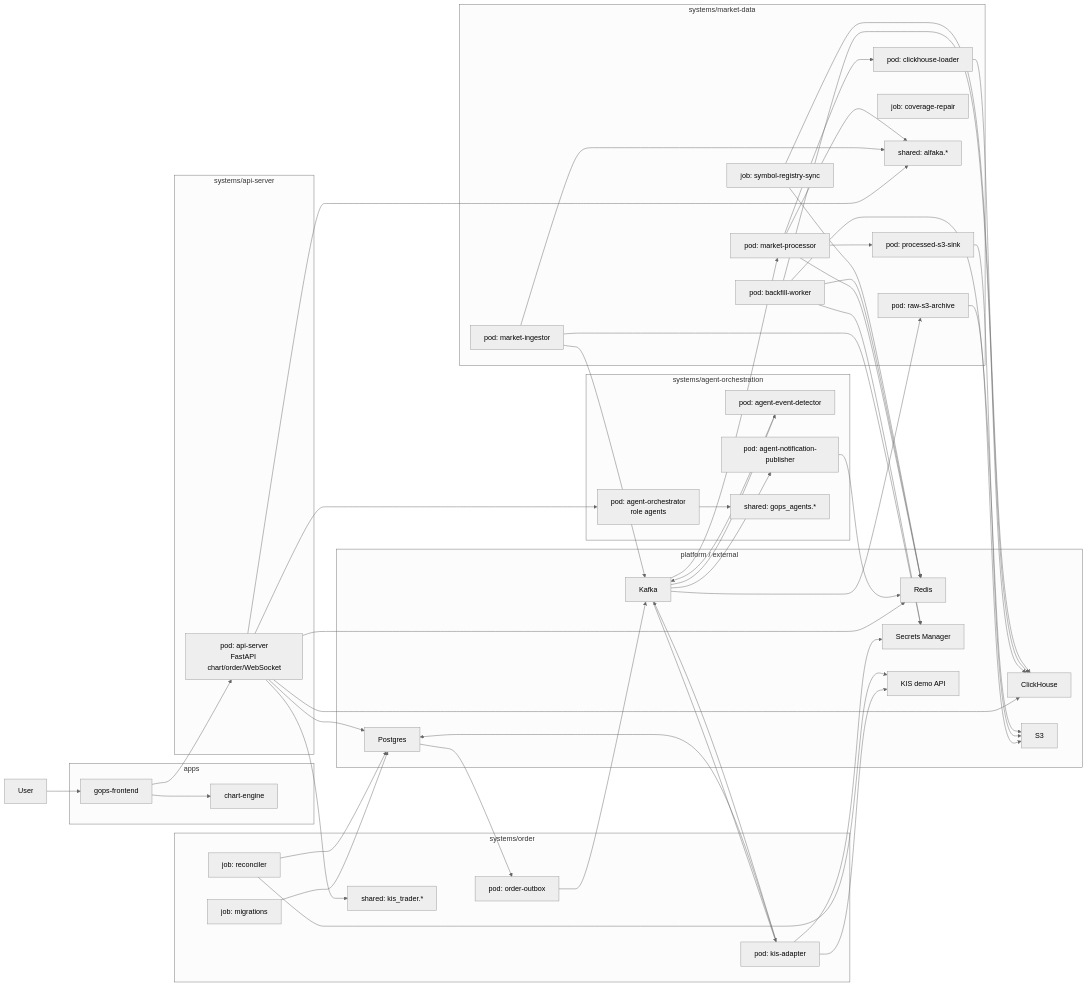
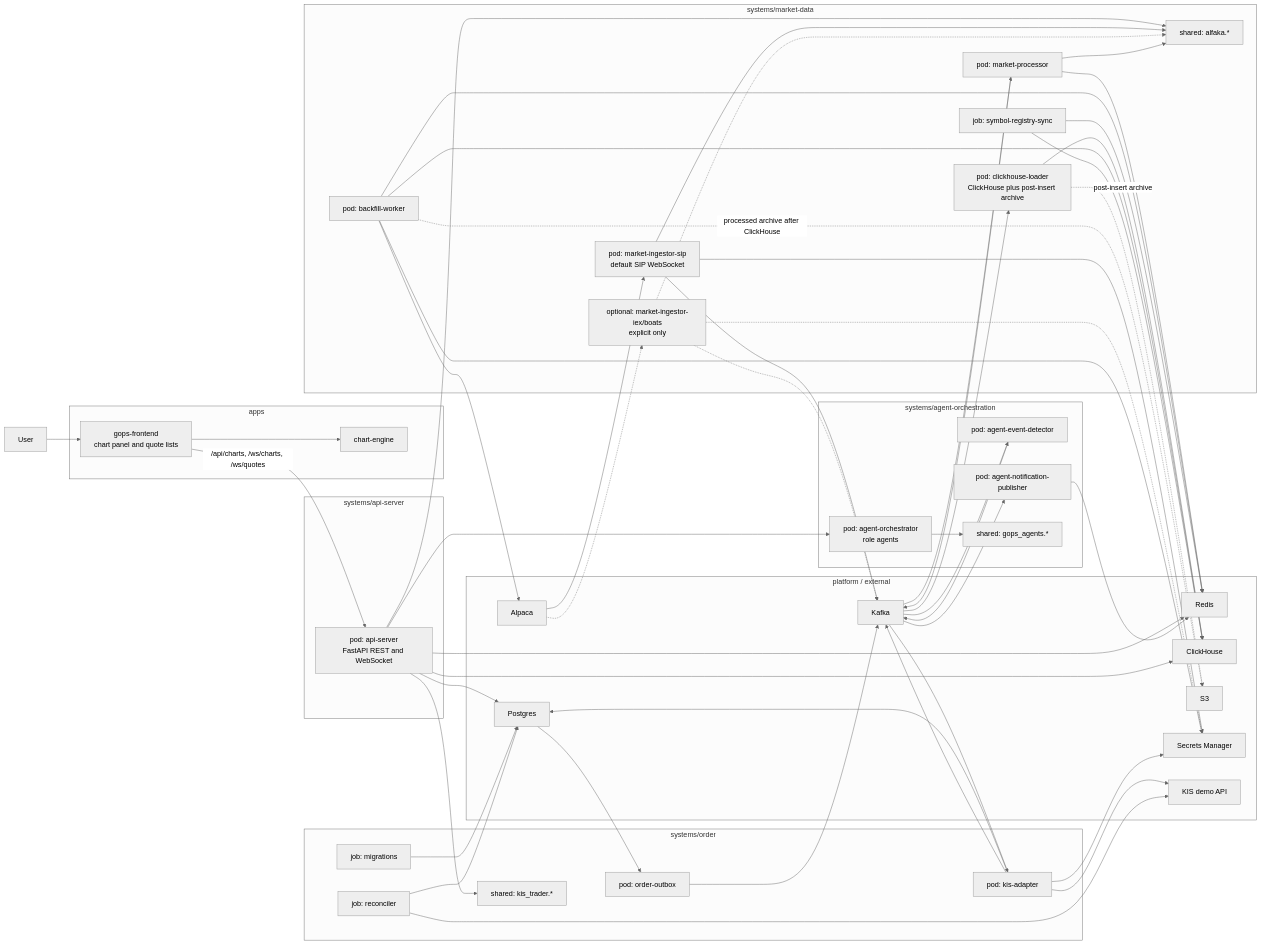
One commit to seunglee10/GOPS-BE changed the first of 4 diagrams in docs/ARCHITECTURE.md. Above: the diagram before and after it, drawn with Mermaid (neutral theme). The commit also changed other lines of this file and 123 other files, not shown here.

```diff
--- a/docs/ARCHITECTURE.md
+++ b/docs/ARCHITECTURE.md
@@ -44,12 +44,12 @@
   User["User"]
 
   subgraph Apps["apps"]
-    Frontend["gops-frontend"]
+    Frontend["gops-frontend<br/>chart panel and quote lists"]
     ChartEngine["chart-engine"]
   end
 
   subgraph Api["systems/api-server"]
-    ApiServer["pod: api-server<br/>FastAPI chart/order/WebSocket"]
+    ApiServer["pod: api-server<br/>FastAPI REST and WebSocket"]
   end
 
   subgraph Agents["systems/agent-orchestration"]
@@ -60,14 +60,12 @@
   end
 
   subgraph Market["systems/market-data"]
-    Ingestor["pod: market-ingestor"]
+    Ingestor["pod: market-ingestor-sip<br/>default SIP WebSocket"]
+    ExtraIngestors["optional: market-ingestor-iex/boats<br/>explicit only"]
     Processor["pod: market-processor"]
-    S3Sink["pod: processed-s3-sink"]
-    RawS3Archive["pod: raw-s3-archive"]
-    CHLoader["pod: clickhouse-loader"]
+    CHLoader["pod: clickhouse-loader<br/>ClickHouse plus post-insert archive"]
     Backfill["pod: backfill-worker"]
     Registry["job: symbol-registry-sync"]
-    CoverageRepair["job: coverage-repair"]
     MarketShared["shared: alfaka.*"]
   end
 
@@ -86,12 +84,13 @@
     ClickHouse["ClickHouse"]
     S3["S3"]
     Secrets["Secrets Manager"]
+    Alpaca["Alpaca"]
     KIS["KIS demo API"]
   end
 
   User --> Frontend
   Frontend --> ChartEngine
-  Frontend --> ApiServer
+  Frontend -->|"/api/charts, /ws/charts, /ws/quotes"| ApiServer
 
   ApiServer --> Redis
   ApiServer --> ClickHouse
@@ -100,26 +99,30 @@
   ApiServer --> MarketShared
   ApiServer --> OrderShared
 
+  Alpaca --> Ingestor
+  Alpaca -.-> ExtraIngestors
   Ingestor --> Kafka
   Ingestor --> Secrets
   Ingestor --> MarketShared
-  Kafka --> RawS3Archive
-  RawS3Archive --> S3
+  ExtraIngestors -.-> Kafka
+  ExtraIngestors -.-> Secrets
+  ExtraIngestors -.-> MarketShared
   Kafka --> Processor
   Kafka --> EventDetector
   Processor --> Redis
-  Processor --> S3Sink
-  Processor --> CHLoader
+  Processor --> Kafka
   Processor --> MarketShared
   EventDetector --> Kafka
   AgentOrch --> AgentShared
   Kafka --> AlertPublisher
   AlertPublisher --> Redis
-  S3Sink --> S3
+  Kafka --> CHLoader
   CHLoader --> ClickHouse
+  CHLoader -.->|post-insert archive| S3
   Backfill --> Redis
-  Backfill --> S3
   Backfill --> ClickHouse
+  Backfill --> Alpaca
+  Backfill -.->|processed archive after ClickHouse| S3
   Backfill --> Secrets
   Registry --> Redis
   Registry --> ClickHouse
```
